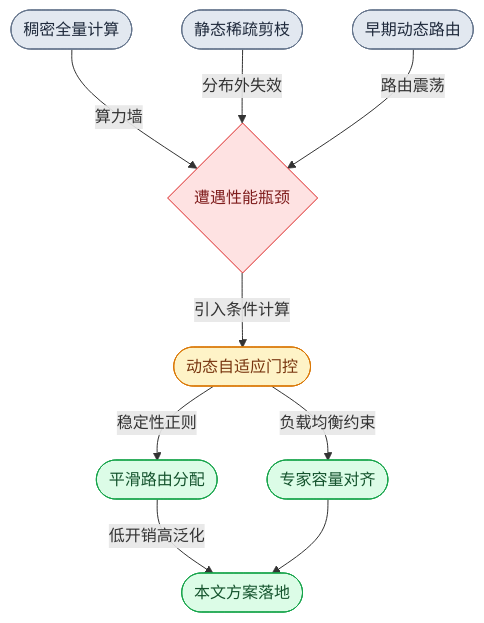
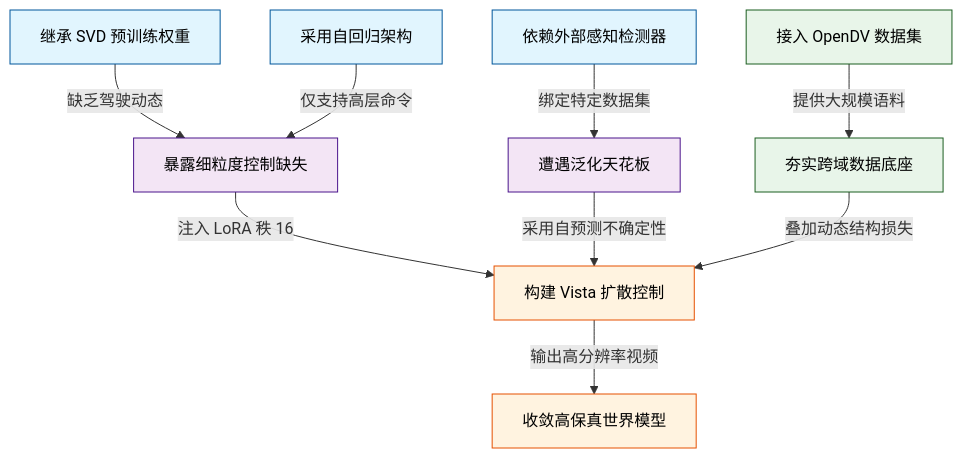
Before and after one commit to ShinewineW/paper-rolling: the sixth of 10 diagrams in person_vault/2026-06-08_Vista_2405.17398/report.md, drawn with Mermaid. The commit also changed other lines of this file and 51 other files, not shown here.

````diff
--- a/person_vault/2026-06-08_Vista_2405.17398/report.md
+++ b/person_vault/2026-06-08_Vista_2405.17398/report.md
@@ -274,18 +406,18 @@
 ```mermaid
-flowchart TB
-    classDef legacy fill:#e2e8f0,stroke:#64748b,color:#1e293b
-    classDef pivot fill:#fef3c7,stroke:#d97706,color:#78350f
-    classDef proposed fill:#dcfce7,stroke:#16a34a,color:#14532d
-    classDef fail fill:#fee2e2,stroke:#dc2626,color:#7f1d1d
+flowchart TD
+    classDef base fill:#e1f5fe,stroke:#01579b,color:#000;
+    classDef vista fill:#fff3e0,stroke:#e65100,color:#000;
+    classDef gap fill:#f3e5f5,stroke:#4a148c,color:#000;
+    classDef data fill:#e8f5e9,stroke:#1b5e20,color:#000;
 
-    dense(["稠密全量计算"]):::legacy -->|算力墙| bottleneck{遭遇性能瓶颈}:::fail
-    static_sparse(["静态稀疏剪枝"]):::legacy -->|分布外失效| bottleneck
-    early_dynamic(["早期动态路由"]):::legacy -->|路由震荡| bottleneck
-    
-    bottleneck -->|引入条件计算| pivot_node(["动态自适应门控"]):::pivot
-    pivot_node -->|稳定性正则| stable_routing(["平滑路由分配"]):::proposed
-    pivot_node -->|负载均衡约束| balanced_expert(["专家容量对齐"]):::proposed
-    
-    stable_routing -->|低开销高泛化| final(["本文方案落地"]):::proposed
-    balanced_expert --> final
+    svd_base["继承 SVD 预训练权重"]:::base -->|缺乏驾驶动态| gap_control["暴露细粒度控制缺失"]:::gap
+    gaia1["采用自回归架构"]:::base -->|仅支持高层命令| gap_control
+    drive_wm["依赖外部感知检测器"]:::base -->|绑定特定数据集| gap_reward["遭遇泛化天花板"]:::gap
+    genad["接入 OpenDV 数据集"]:::data -->|提供大规模语料| data_foundation["夯实跨域数据底座"]:::data
+
+    gap_control -->|注入 LoRA 秩 16| vista_core["构建 Vista 扩散控制"]:::vista
+    gap_reward -->|采用自预测不确定性| vista_core
+    data_foundation -->|叠加动态结构损失| vista_core
+
+    vista_core -->|输出高分辨率视频| final_out["收敛高保真世界模型"]:::vista
 ```
````
